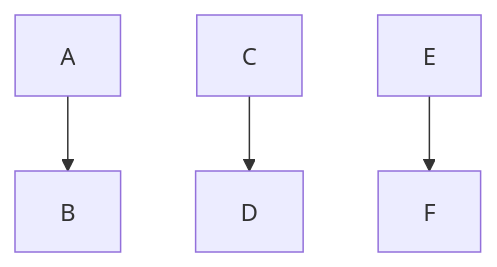
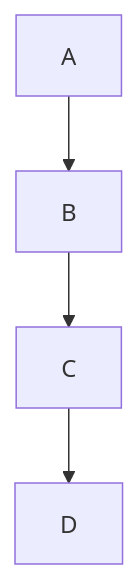
Before and after one commit to facumruiz/Plantilla_DigitalesPIC18: the diagram in README.md, drawn with Mermaid.

````diff
--- a/README.md
+++ b/README.md
@@ -57,7 +57,7 @@
 ```mermaid
 graph TD;
     A-->B;
+    B-->C;
     C-->D;
-    E-->F;
     
 ```
````
